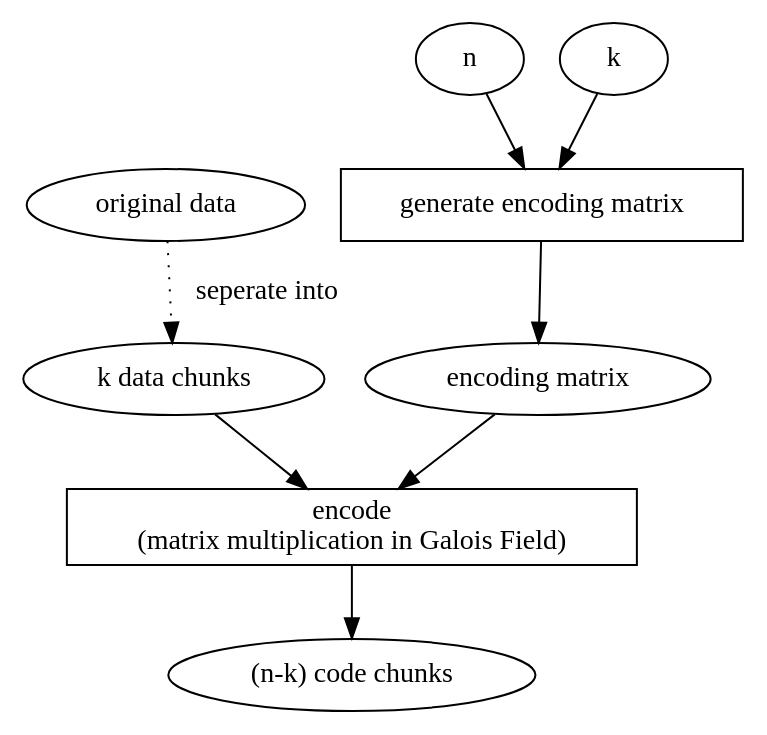
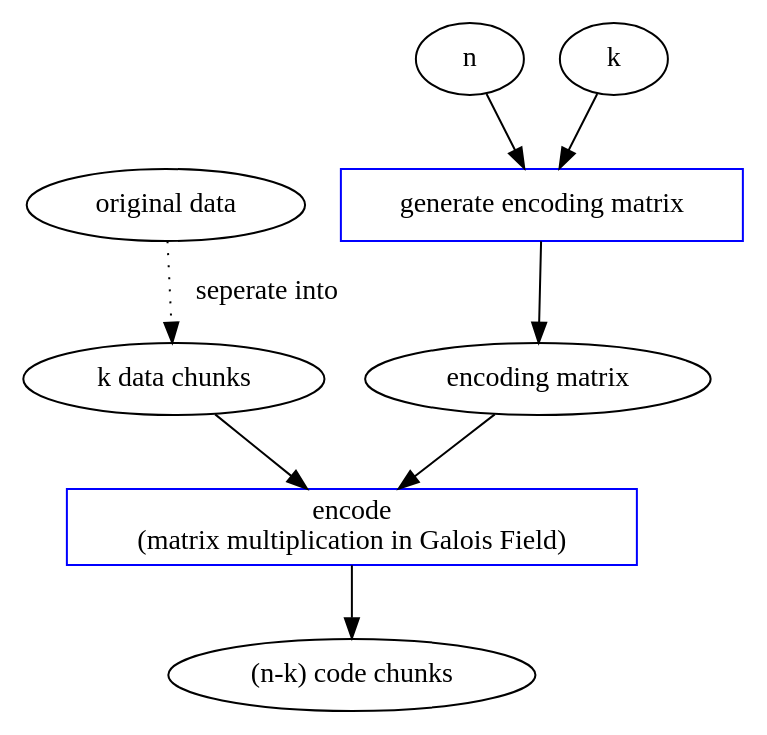
The diagram in doc/schematic-diagram/encode.dot (yszheda/GPU-RSCode), drawn with Graphviz before and after one commit. The commit also changed 11 other files, not shown here.

Commit message:
update schematic diagrams.

```diff
--- a/doc/schematic-diagram/encode.dot
+++ b/doc/schematic-diagram/encode.dot
@@ -1,16 +1,16 @@
 digraph encode
 {
-EMFunc [shape=box, label="generate\ encoding\ matrix"];
+EMFunc [shape=box, label="generate\ encoding\ matrix", color=blue];
 EM [label="encoding\ matrix"];
 n -> EMFunc;
 k -> EMFunc;
 EMFunc -> EM;
 data [label="original\ data"];
 native_chunk [label="k\ data\ chunks"];
 data -> native_chunk [style=dotted, label="seperate\ into"];
-encodeFunc [shape=box, label="encode\n\(matrix\ multiplication\ in\ Galois\ Field\)"];
+encodeFunc [shape=box, label="encode\n\(matrix\ multiplication\ in\ Galois\ Field\)", color=blue];
 EM -> encodeFunc;
 native_chunk -> encodeFunc;
 code_chunks [label="(n-k)\ code\ chunks"];
 encodeFunc -> code_chunks;
 }
```
